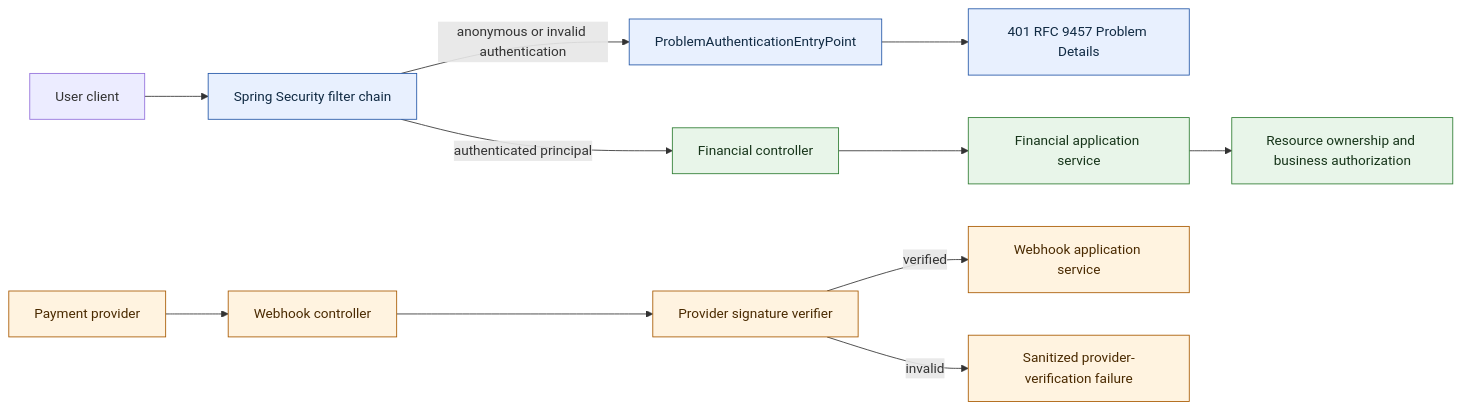
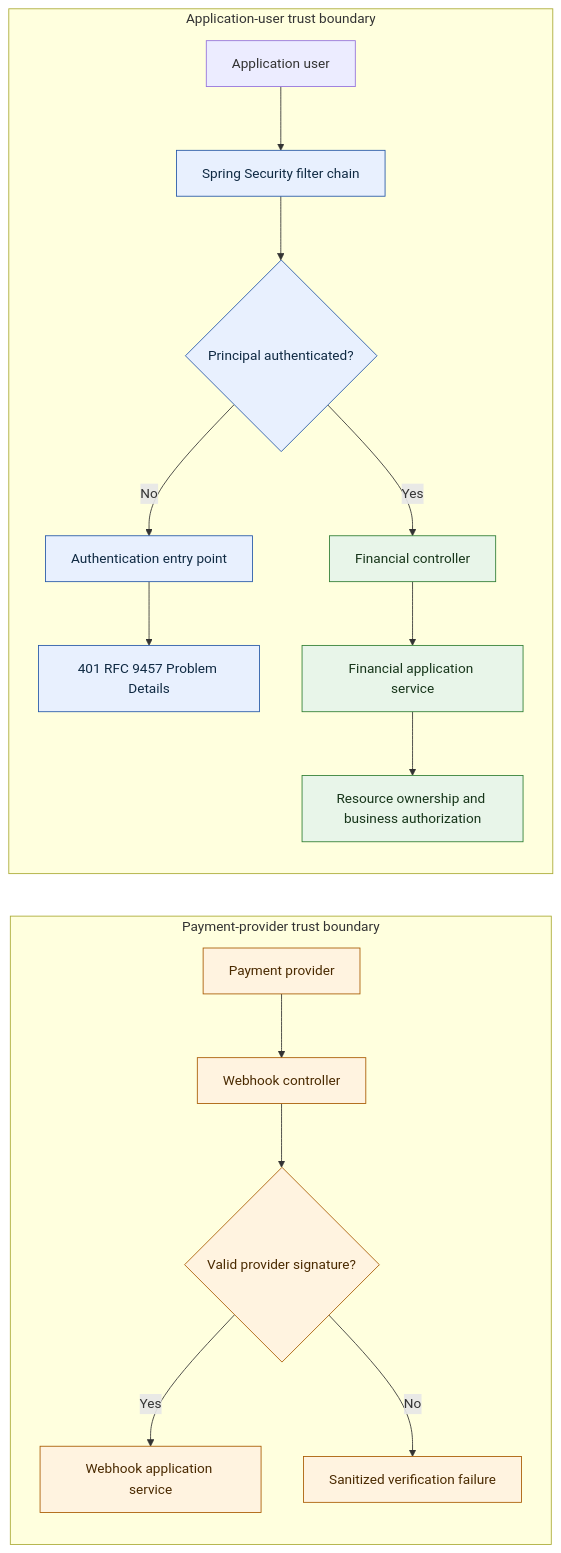
One commit to kundankumar7/optrabidz changed the diagram in docs/error-handling/work-items/KAN-31-financial-security-boundary/assets/authentication-flow.mmd. Above: the diagram before and after it, drawn with Mermaid. The commit also changed 21 other files, not shown here.

Commit message:
Refresh historical flow diagrams (KAN-39)

```diff
--- a/docs/error-handling/work-items/KAN-31-financial-security-boundary/assets/authentication-flow.mmd
+++ b/docs/error-handling/work-items/KAN-31-financial-security-boundary/assets/authentication-flow.mmd
@@ -1,19 +1,31 @@
-flowchart LR
-    User["User client"] --> Chain["Spring Security filter chain"]
-    Chain -->|"anonymous or invalid authentication"| Entry["ProblemAuthenticationEntryPoint"]
-    Entry --> Problem["401 RFC 9457 Problem Details"]
-    Chain -->|"authenticated principal"| Controller["Financial controller"]
-    Controller --> Service["Financial application service"]
-    Service --> Ownership["Resource ownership and business authorization"]
+flowchart TB
+    accTitle: Financial user and payment-provider trust boundaries
+    accDescr: Application users authenticate through Spring Security before financial authorization, while payment providers authenticate separately through webhook signature verification.
 
-    Provider["Payment provider"] --> Webhook["Webhook controller"]
-    Webhook --> Signature["Provider signature verifier"]
-    Signature -->|"verified"| WebhookService["Webhook application service"]
-    Signature -->|"invalid"| ProviderFailure["Sanitized provider-verification failure"]
+    subgraph UserBoundary["Application-user trust boundary"]
+        direction TB
+        User["Application user"] --> Chain["Spring Security filter chain"]
+        Chain --> Authenticated{"Principal authenticated?"}
+        Authenticated -->|"No"| Entry["Authentication entry point"]
+        Entry --> Problem["401 RFC 9457 Problem Details"]
+        Authenticated -->|"Yes"| Controller["Financial controller"]
+        Controller --> Service["Financial application service"]
+        Service --> Ownership["Resource ownership and business authorization"]
+    end
+
+    subgraph ProviderBoundary["Payment-provider trust boundary"]
+        direction TB
+        Provider["Payment provider"] --> Webhook["Webhook controller"]
+        Webhook --> Signature{"Valid provider signature?"}
+        Signature -->|"Yes"| WebhookService["Webhook application service"]
+        Signature -->|"No"| ProviderFailure["Sanitized verification failure"]
+    end
+
+    Ownership ~~~ Provider
 
     classDef security fill:#e8f0fe,stroke:#2457a7,color:#102a43;
     classDef financial fill:#e8f5e9,stroke:#2e7d32,color:#17351a;
     classDef provider fill:#fff3e0,stroke:#a85a00,color:#4a2a00;
-    class Chain,Entry,Problem security;
+    class Chain,Authenticated,Entry,Problem security;
     class Controller,Service,Ownership financial;
     class Provider,Webhook,Signature,WebhookService,ProviderFailure provider;
```
